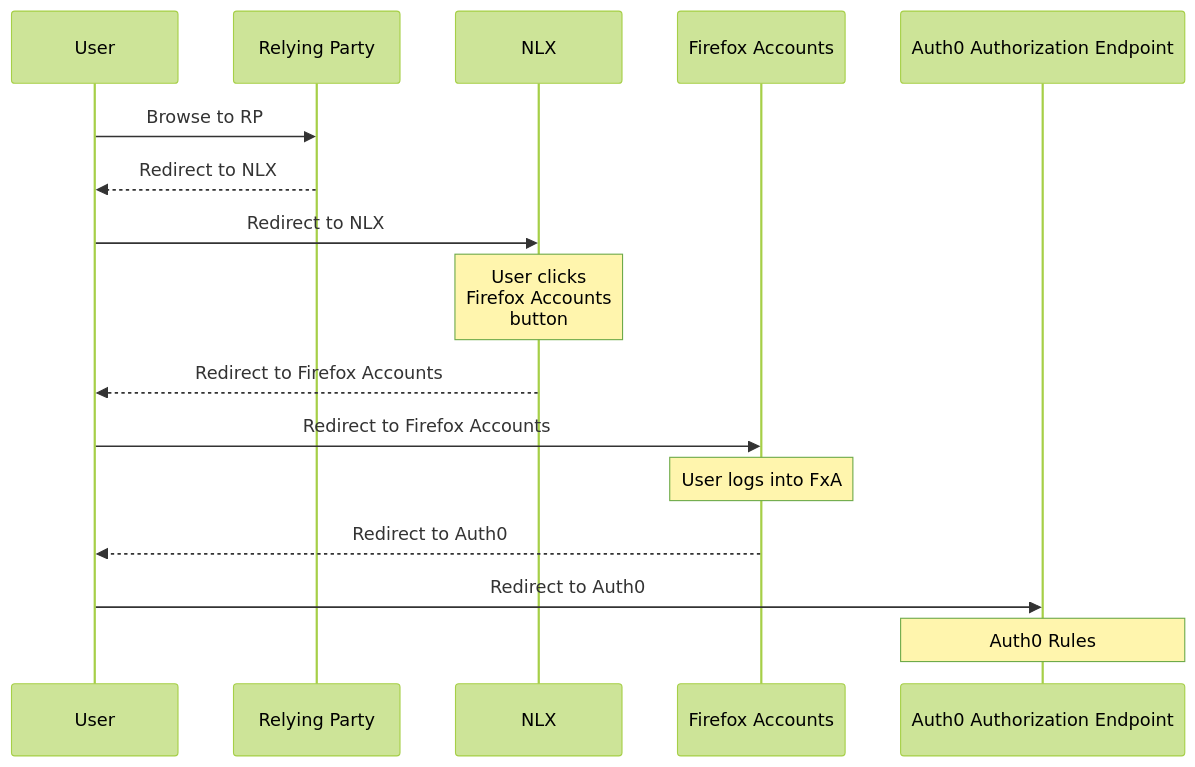
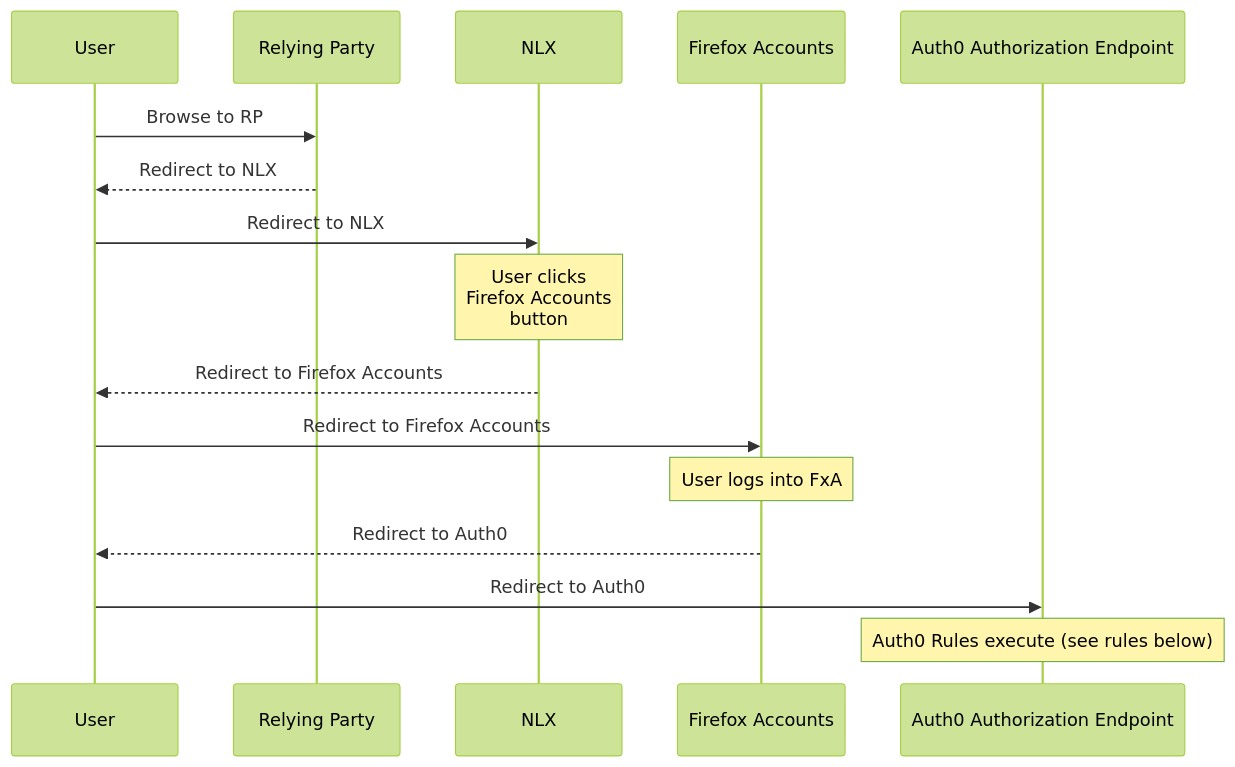
One commit to mozilla-iam/mozilla-iam changed the fifth of 5 diagrams in docs/deratcheting-user-flows.md. Above: the diagram before and after it, drawn with Mermaid (forest theme). The commit also changed other lines of this file, not shown here.

Commit message:
Add notes to diagrams referencing auth0 rules

````diff
--- a/docs/deratcheting-user-flows.md
+++ b/docs/deratcheting-user-flows.md
@@ -223,18 +226,18 @@
 ```mermaid
 sequenceDiagram
     participant User
     participant RP as Relying Party
     participant NLX
     participant FxA as Firefox Accounts
     participant Auth0 as Auth0 Authorization Endpoint
     User->>RP: Browse to RP
     RP-->>User:Redirect to NLX
     User->>NLX:Redirect to NLX
     Note over NLX: User clicks<br/>Firefox Accounts<br/>button
     NLX-->>User:Redirect to Firefox Accounts
     User->>FxA:Redirect to Firefox Accounts
     Note over FxA: User logs into FxA
     FxA-->>User:Redirect to Auth0
     User->>Auth0:Redirect to Auth0
-    Note over Auth0: Auth0 Rules
+    Note over Auth0: Auth0 Rules execute (see rules below)
 ```
````
